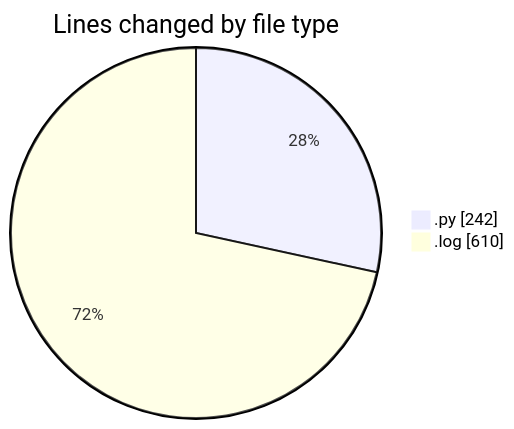
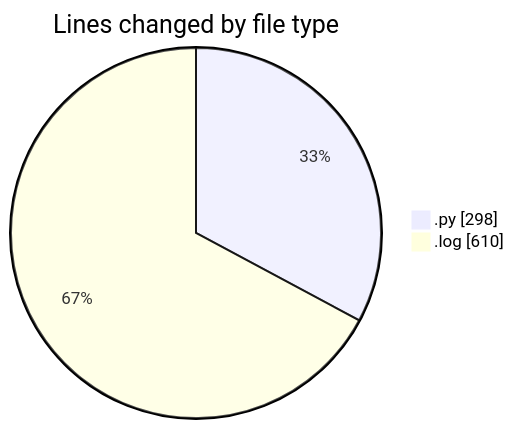
One commit to momahboobian/code-tracking changed the first of 2 diagrams in 2025-05-07/samplepdf/README.md. Above: the diagram before and after it, drawn with Mermaid. The commit also changed other lines of this file and 1 other file, not shown here.

````diff
--- a/2025-05-07/samplepdf/README.md
+++ b/2025-05-07/samplepdf/README.md
@@ -26,6 +27,6 @@
 ```mermaid
 pie showData
 title Lines changed by file type
-".py" : 242
+".py" : 298
 ".log" : 610
 ```
````
